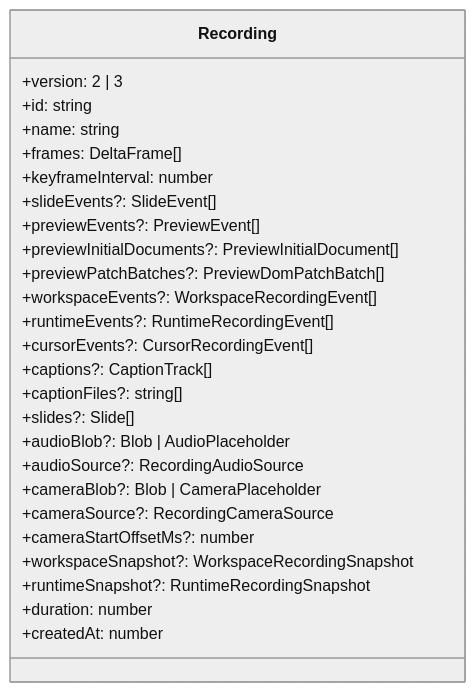
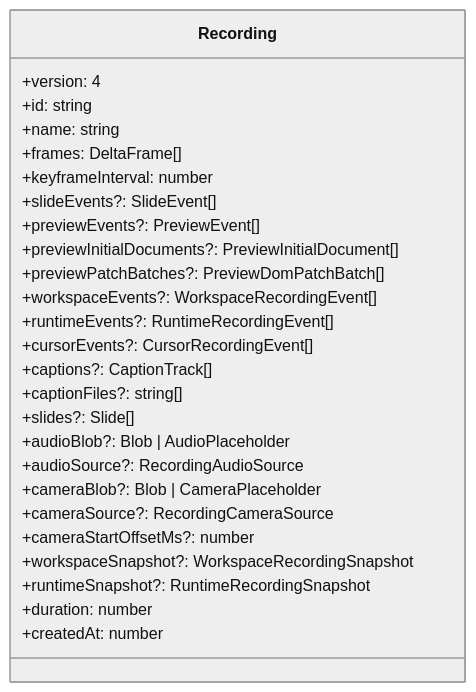
One commit to channyeintun/next-editor changed the first of 2 diagrams in docs/data-structures.md. Above: the diagram before and after it, drawn with Mermaid (neutral theme). The commit also changed other lines of this file and 5 other files, not shown here.

First line of the commit message:
Correct docs to reflect binary-only .ne and single schema version 4

````diff
--- a/docs/data-structures.md
+++ b/docs/data-structures.md
@@ -7,29 +7,29 @@
 ```mermaid
 classDiagram
     class Recording {
-        +version: 2 | 3
+        +version: 4
         +id: string
         +name: string
         +frames: DeltaFrame[]
         +keyframeInterval: number
         +slideEvents?: SlideEvent[]
         +previewEvents?: PreviewEvent[]
         +previewInitialDocuments?: PreviewInitialDocument[]
         +previewPatchBatches?: PreviewDomPatchBatch[]
         +workspaceEvents?: WorkspaceRecordingEvent[]
         +runtimeEvents?: RuntimeRecordingEvent[]
         +cursorEvents?: CursorRecordingEvent[]
         +captions?: CaptionTrack[]
         +captionFiles?: string[]
         +slides?: Slide[]
         +audioBlob?: Blob | AudioPlaceholder
         +audioSource?: RecordingAudioSource
         +cameraBlob?: Blob | CameraPlaceholder
         +cameraSource?: RecordingCameraSource
         +cameraStartOffsetMs?: number
         +workspaceSnapshot?: WorkspaceRecordingSnapshot
         +runtimeSnapshot?: RuntimeRecordingSnapshot
         +duration: number
         +createdAt: number
     }
 ```
````
